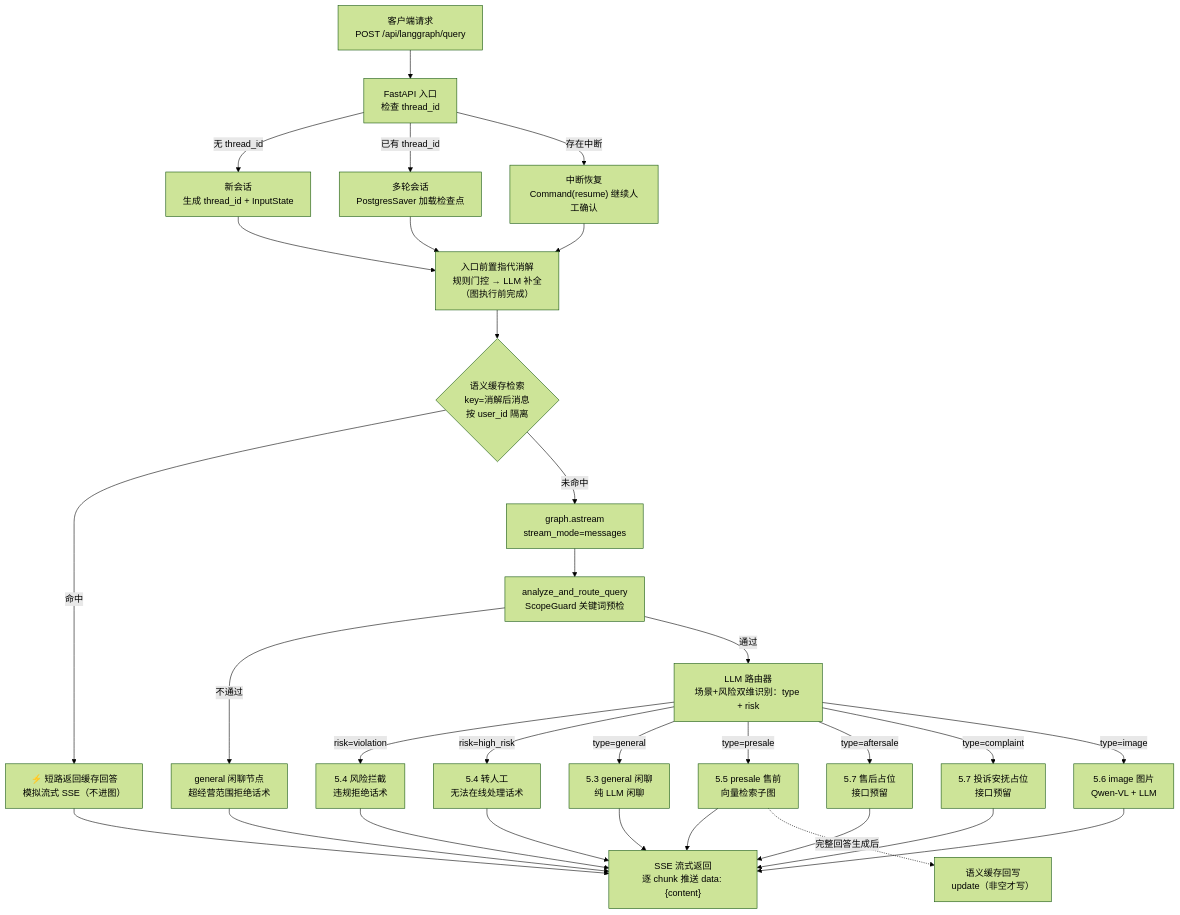
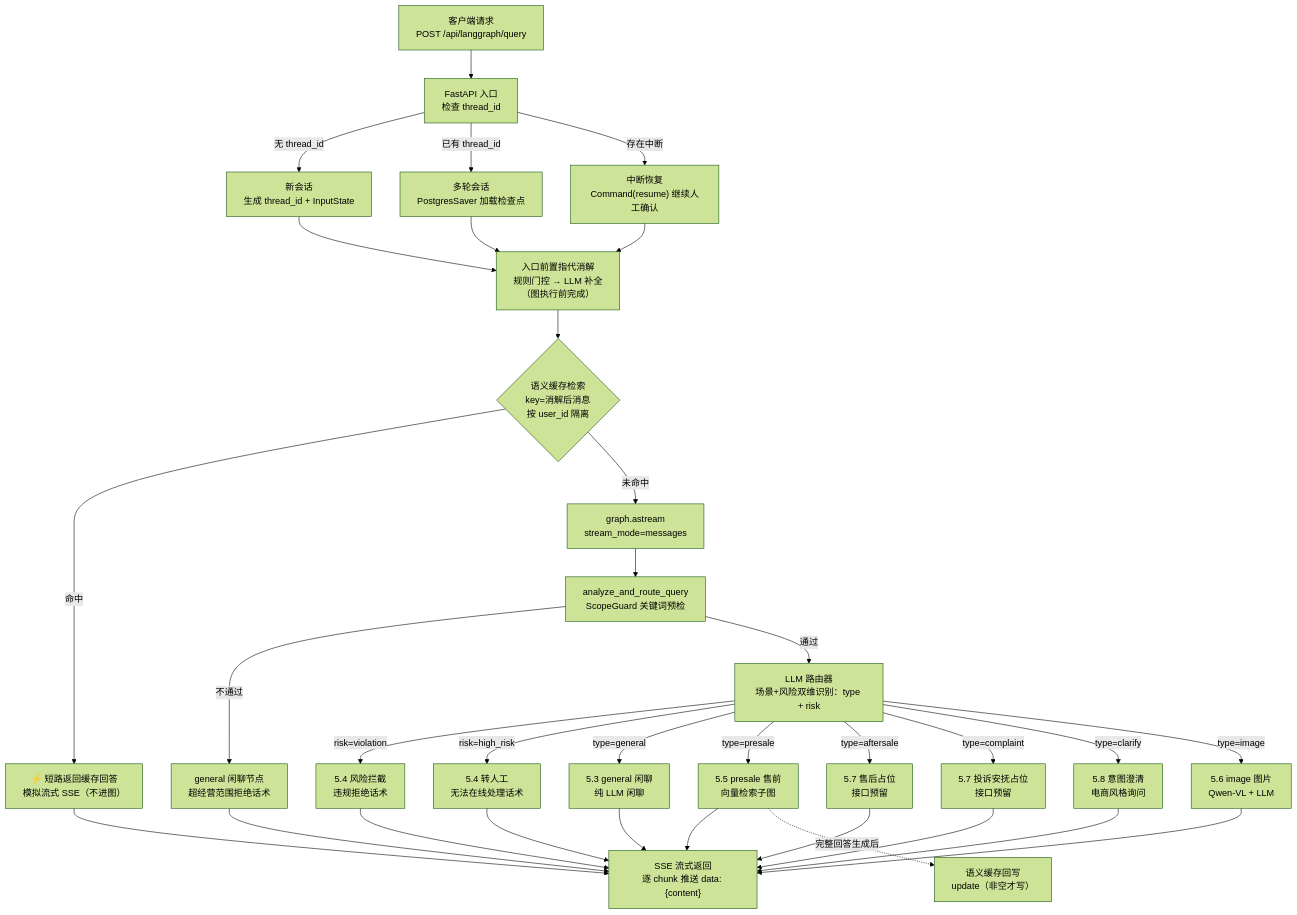
The eighth of 17 diagrams in docs/PROJECT_ANALYSIS.md (blowt16/SmartCS-Agent), drawn with Mermaid (forest theme) before and after one commit. The commit also changed other lines of this file and 5 other files, not shown here.

First line of the commit message:
feat: 意图澄清功能落地——type=clarify + 澄清节点（电商统一风格针对性询问）

````diff
--- a/docs/PROJECT_ANALYSIS.md
+++ b/docs/PROJECT_ANALYSIS.md
@@ -490,38 +493,40 @@
 ```mermaid
 flowchart TD
     C["客户端请求<br/>POST /api/langgraph/query"]
     C --> API["FastAPI 入口<br/>检查 thread_id"]
     API -->|"无 thread_id"| NEW["新会话<br/>生成 thread_id + InputState"]
     API -->|"已有 thread_id"| CTD["多轮会话<br/>PostgresSaver 加载检查点"]
     API -->|"存在中断"| RSM["中断恢复<br/>Command(resume) 继续人工确认"]
     NEW --> RESOLVE["入口前置指代消解<br/>规则门控 → LLM 补全<br/>（图执行前完成）"]
     CTD --> RESOLVE
     RSM --> RESOLVE
 
     RESOLVE --> CACHE{"语义缓存检索<br/>key=消解后消息<br/>按 user_id 隔离"}
     CACHE -->|"命中"| HIT["⚡ 短路返回缓存回答<br/>模拟流式 SSE（不进图）"]
     CACHE -->|"未命中"| STREAM["graph.astream<br/>stream_mode=messages"]
     HIT --> SSE
 
     STREAM --> SG["analyze_and_route_query<br/>ScopeGuard 关键词预检"]
     SG -->|"不通过"| GQ["general 闲聊节点<br/>超经营范围拒绝话术"]
     SG -->|"通过"| RT["LLM 路由器<br/>场景+风险双维识别：type + risk"]
 
     RT -->|"risk=violation"| RISK["5.4 风险拦截<br/>违规拒绝话术"]
     RT -->|"risk=high_risk"| TRANS["5.4 转人工<br/>无法在线处理话术"]
     RT -->|"type=general"| GEN["5.3 general 闲聊<br/>纯 LLM 闲聊"]
     RT -->|"type=presale"| KG["5.5 presale 售前<br/>向量检索子图"]
     RT -->|"type=aftersale"| PLACE["5.7 售后占位<br/>接口预留"]
     RT -->|"type=complaint"| PLACE2["5.7 投诉安抚占位<br/>接口预留"]
+    RT -->|"type=clarify"| CLARIFY["5.8 意图澄清<br/>电商风格询问"]
     RT -->|"type=image"| IMG["5.6 image 图片<br/>Qwen-VL + LLM"]
 
     GEN --> SSE["SSE 流式返回<br/>逐 chunk 推送 data: {content}"]
     RISK --> SSE
     TRANS --> SSE
     KG --> SSE
     PLACE --> SSE
     PLACE2 --> SSE
+    CLARIFY --> SSE
     IMG --> SSE
     GQ --> SSE
     KG -.->|"完整回答生成后"| WRITEBACK["语义缓存回写<br/>update（非空才写）"]
 ```
````
